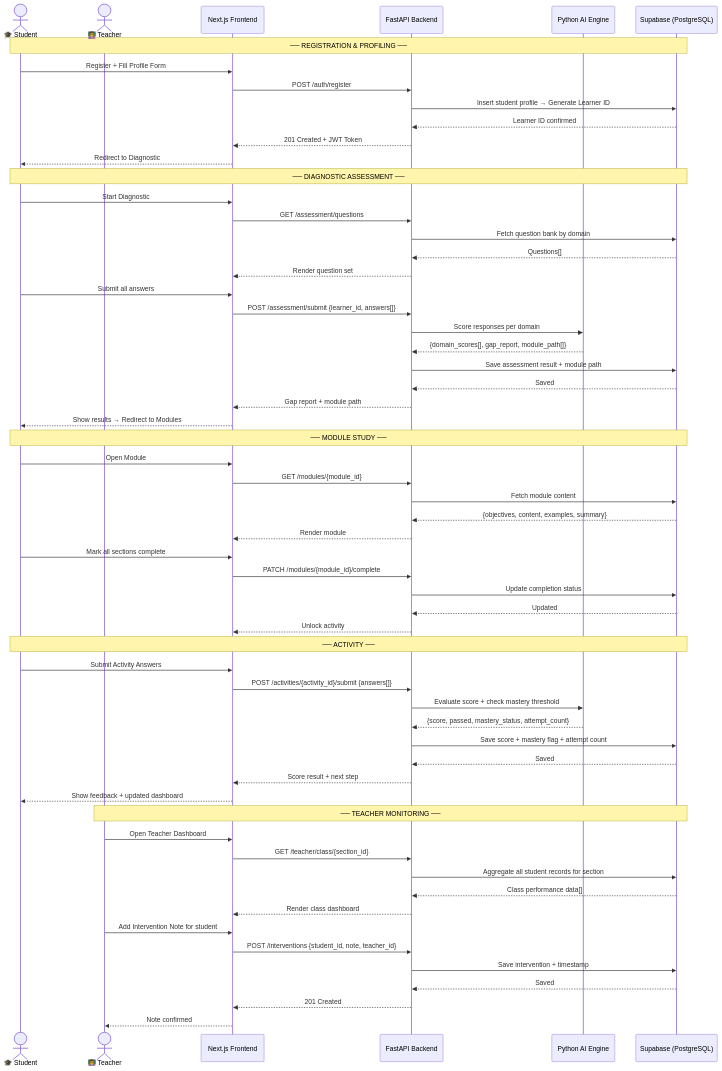
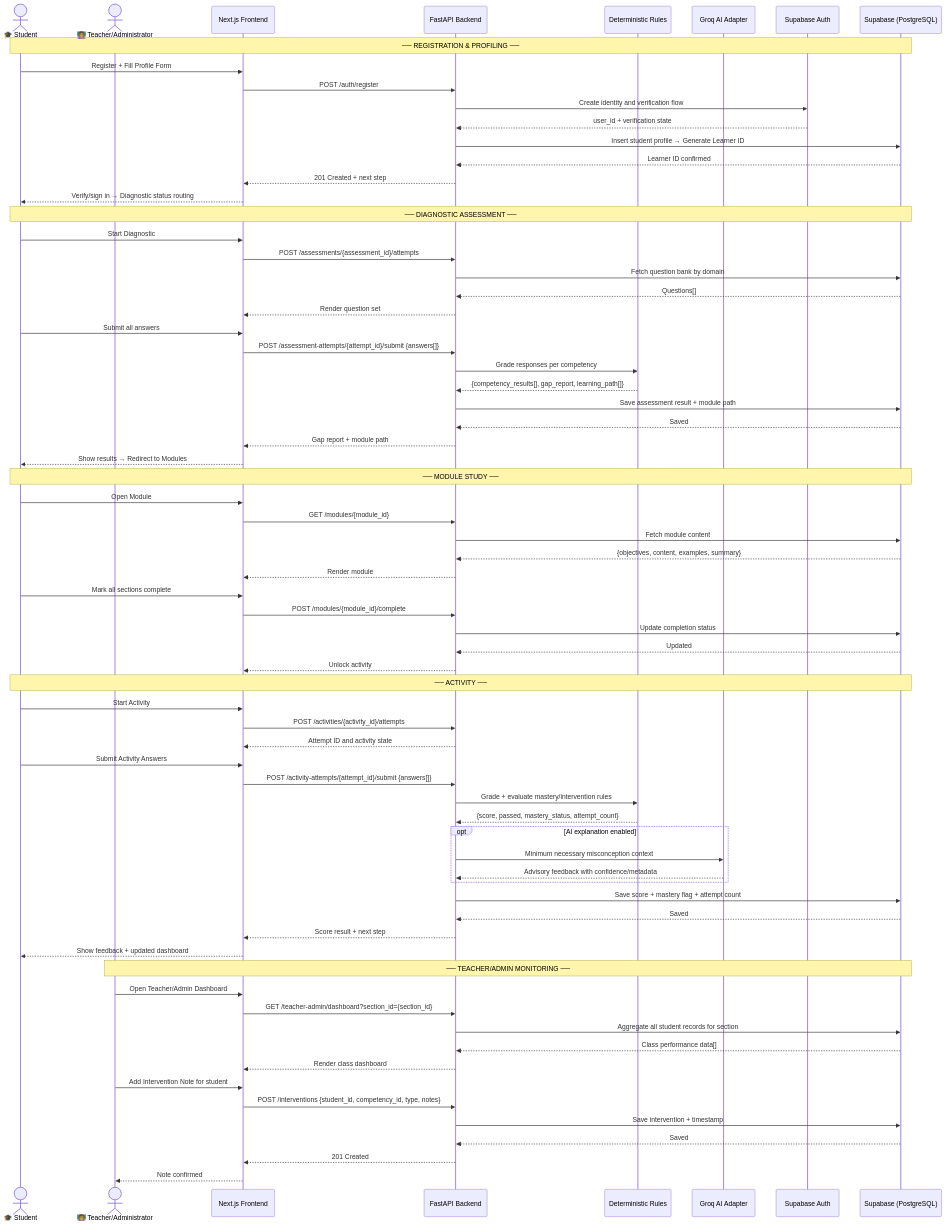
Before and after one commit to MathSmart-Systems/MathSmart-AI-Powered-Interactice-Learning-System: the ninth of 11 diagrams in docs/SOURCE_OF_TRUTH.md, drawn with Mermaid. The commit also changed other lines of this file and 108 other files, not shown here.

````diff
--- a/docs/SOURCE_OF_TRUTH.md
+++ b/docs/SOURCE_OF_TRUTH.md
@@ -465,67 +557,78 @@
 ```mermaid
 sequenceDiagram
     actor S as 🎓 Student
-    actor T as 👩‍🏫 Teacher
+    actor T as 👩‍🏫 Teacher/Administrator
     participant FE as Next.js Frontend
     participant API as FastAPI Backend
-    participant AI as Python AI Engine
+    participant RULES as Deterministic Rules
+    participant AI as Groq AI Adapter
+    participant AUTH as Supabase Auth
     participant DB as Supabase (PostgreSQL)
 
     Note over S, DB: ── REGISTRATION & PROFILING ──
     S->>FE: Register + Fill Profile Form
     FE->>API: POST /auth/register
+    API->>AUTH: Create identity and verification flow
+    AUTH-->>API: user_id + verification state
     API->>DB: Insert student profile → Generate Learner ID
     DB-->>API: Learner ID confirmed
-    API-->>FE: 201 Created + JWT Token
-    FE-->>S: Redirect to Diagnostic
+    API-->>FE: 201 Created + next step
+    FE-->>S: Verify/sign in → Diagnostic status routing
 
     Note over S, DB: ── DIAGNOSTIC ASSESSMENT ──
     S->>FE: Start Diagnostic
-    FE->>API: GET /assessment/questions
+    FE->>API: POST /assessments/{assessment_id}/attempts
     API->>DB: Fetch question bank by domain
     DB-->>API: Questions[]
     API-->>FE: Render question set
     S->>FE: Submit all answers
-    FE->>API: POST /assessment/submit {learner_id, answers[]}
-    API->>AI: Score responses per domain
-    AI-->>API: {domain_scores[], gap_report, module_path[]}
+    FE->>API: POST /assessment-attempts/{attempt_id}/submit {answers[]}
+    API->>RULES: Grade responses per competency
+    RULES-->>API: {competency_results[], gap_report, learning_path[]}
     API->>DB: Save assessment result + module path
     DB-->>API: Saved
     API-->>FE: Gap report + module path
     FE-->>S: Show results → Redirect to Modules
 
     Note over S, DB: ── MODULE STUDY ──
     S->>FE: Open Module
     FE->>API: GET /modules/{module_id}
     API->>DB: Fetch module content
     DB-->>API: {objectives, content, examples, summary}
     API-->>FE: Render module
     S->>FE: Mark all sections complete
-    FE->>API: PATCH /modules/{module_id}/complete
+    FE->>API: POST /modules/{module_id}/complete
     API->>DB: Update completion status
     DB-->>API: Updated
     API-->>FE: Unlock activity
 
     Note over S, DB: ── ACTIVITY ──
+    S->>FE: Start Activity
+    FE->>API: POST /activities/{activity_id}/attempts
+    API-->>FE: Attempt ID and activity state
     S->>FE: Submit Activity Answers
-    FE->>API: POST /activities/{activity_id}/submit {answers[]}
-    API->>AI: Evaluate score + check mastery threshold
-    AI-->>API: {score, passed, mastery_status, attempt_count}
+    FE->>API: POST /activity-attempts/{attempt_id}/submit {answers[]}
+    API->>RULES: Grade + evaluate mastery/intervention rules
+    RULES-->>API: {score, passed, mastery_status, attempt_count}
+    opt AI explanation enabled
+        API->>AI: Minimum necessary misconception context
+        AI-->>API: Advisory feedback with confidence/metadata
+    end
     API->>DB: Save score + mastery flag + attempt count
     DB-->>API: Saved
     API-->>FE: Score result + next step
     FE-->>S: Show feedback + updated dashboard
 
-    Note over T, DB: ── TEACHER MONITORING ──
-    T->>FE: Open Teacher Dashboard
-    FE->>API: GET /teacher/class/{section_id}
+    Note over T, DB: ── TEACHER/ADMIN MONITORING ──
+    T->>FE: Open Teacher/Admin Dashboard
+    FE->>API: GET /teacher-admin/dashboard?section_id={section_id}
     API->>DB: Aggregate all student records for section
     DB-->>API: Class performance data[]
     API-->>FE: Render class dashboard
     T->>FE: Add Intervention Note for student
-    FE->>API: POST /interventions {student_id, note, teacher_id}
+    FE->>API: POST /interventions {student_id, competency_id, type, notes}
     API->>DB: Save intervention + timestamp
     DB-->>API: Saved
     API-->>FE: 201 Created
     FE-->>T: Note confirmed
 ```
````
